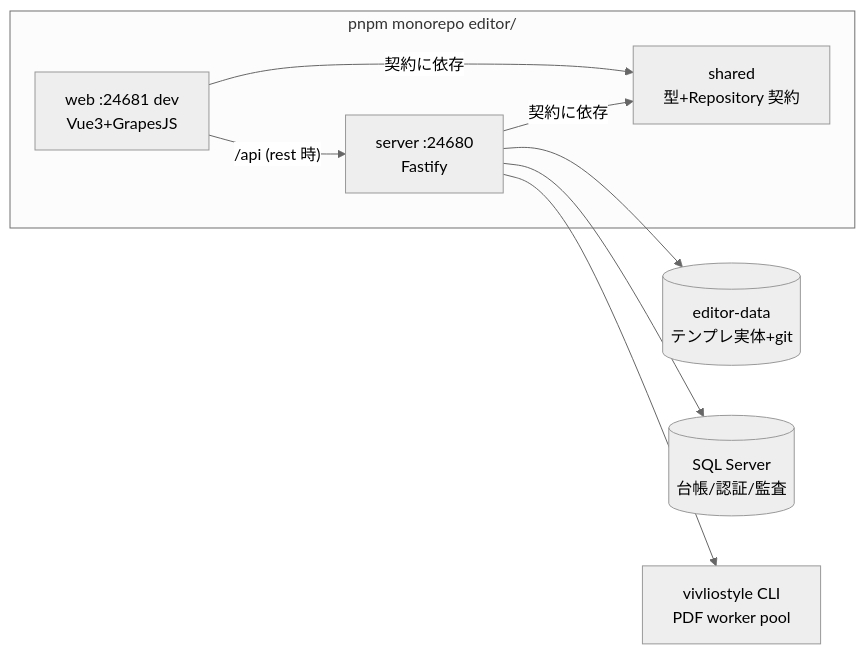
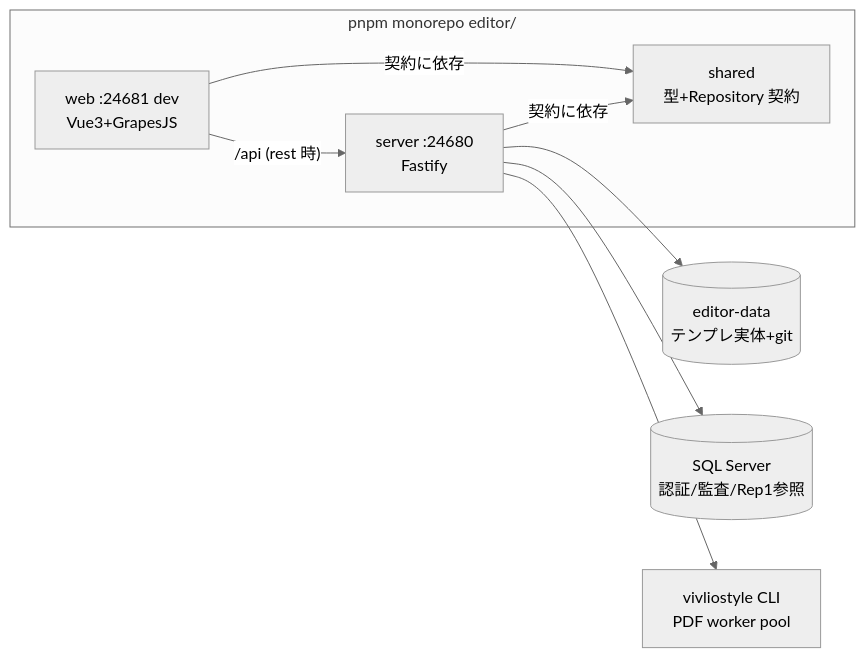
The diagram in docs/editor/src/設計正典.md (koichi-araki-0801/workspace), drawn with Mermaid (neutral theme) before and after one commit. The commit also changed other lines of this file and 106 other files, not shown here.

````diff
--- a/docs/editor/src/設計正典.md
+++ b/docs/editor/src/設計正典.md
@@ -21,14 +23,14 @@
 ```mermaid
 flowchart LR
   subgraph MONO["pnpm monorepo editor/"]
     SH["shared<br/>型+Repository 契約"]
     WEB["web :24681 dev<br/>Vue3+GrapesJS"]
     SRV["server :24680<br/>Fastify"]
   end
   WEB -->|"契約に依存"| SH
   SRV -->|"契約に依存"| SH
   WEB -->|"/api (rest 時)"| SRV
   SRV --> DATA[("editor-data<br/>テンプレ実体+git")]
-  SRV --> DB[("SQL Server<br/>台帳/認証/監査")]
+  SRV --> DB[("SQL Server<br/>認証/監査/Rep1参照")]
   SRV --> PDF["vivliostyle CLI<br/>PDF worker pool"]
 ```
````
